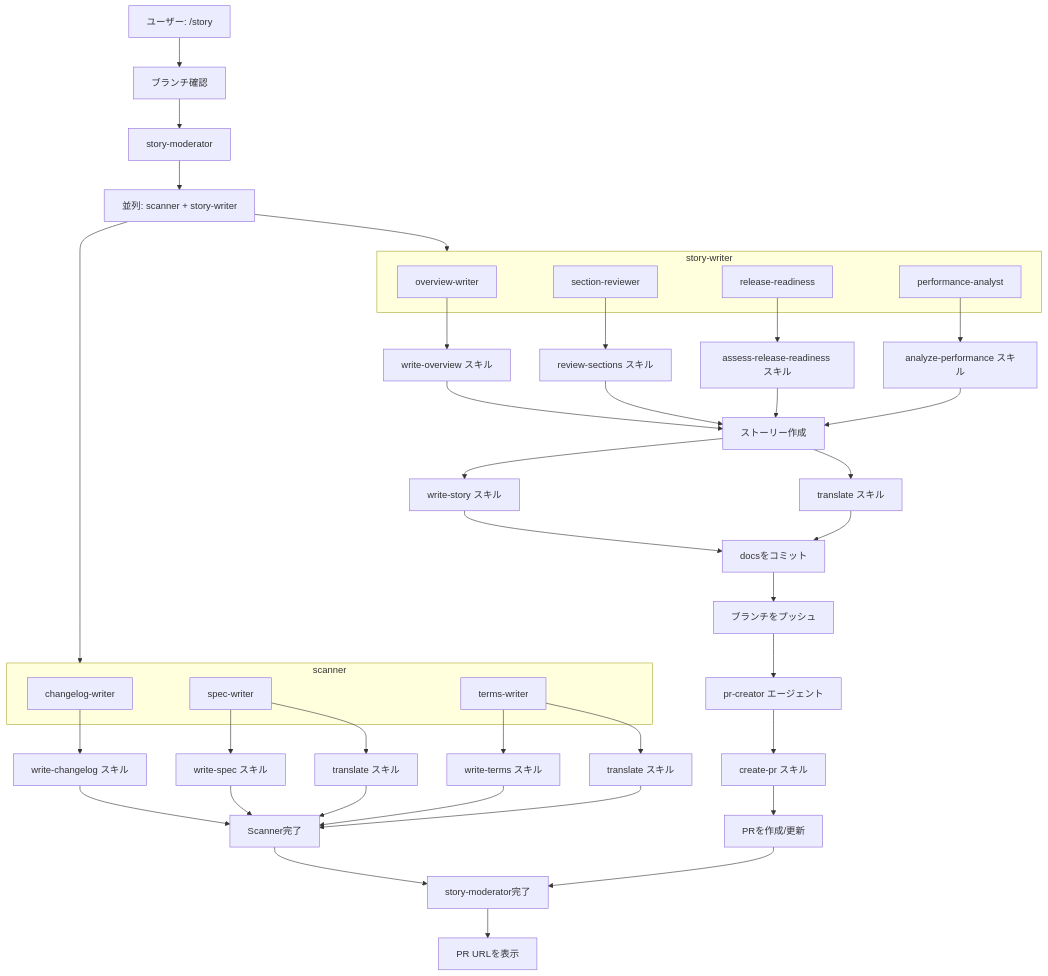
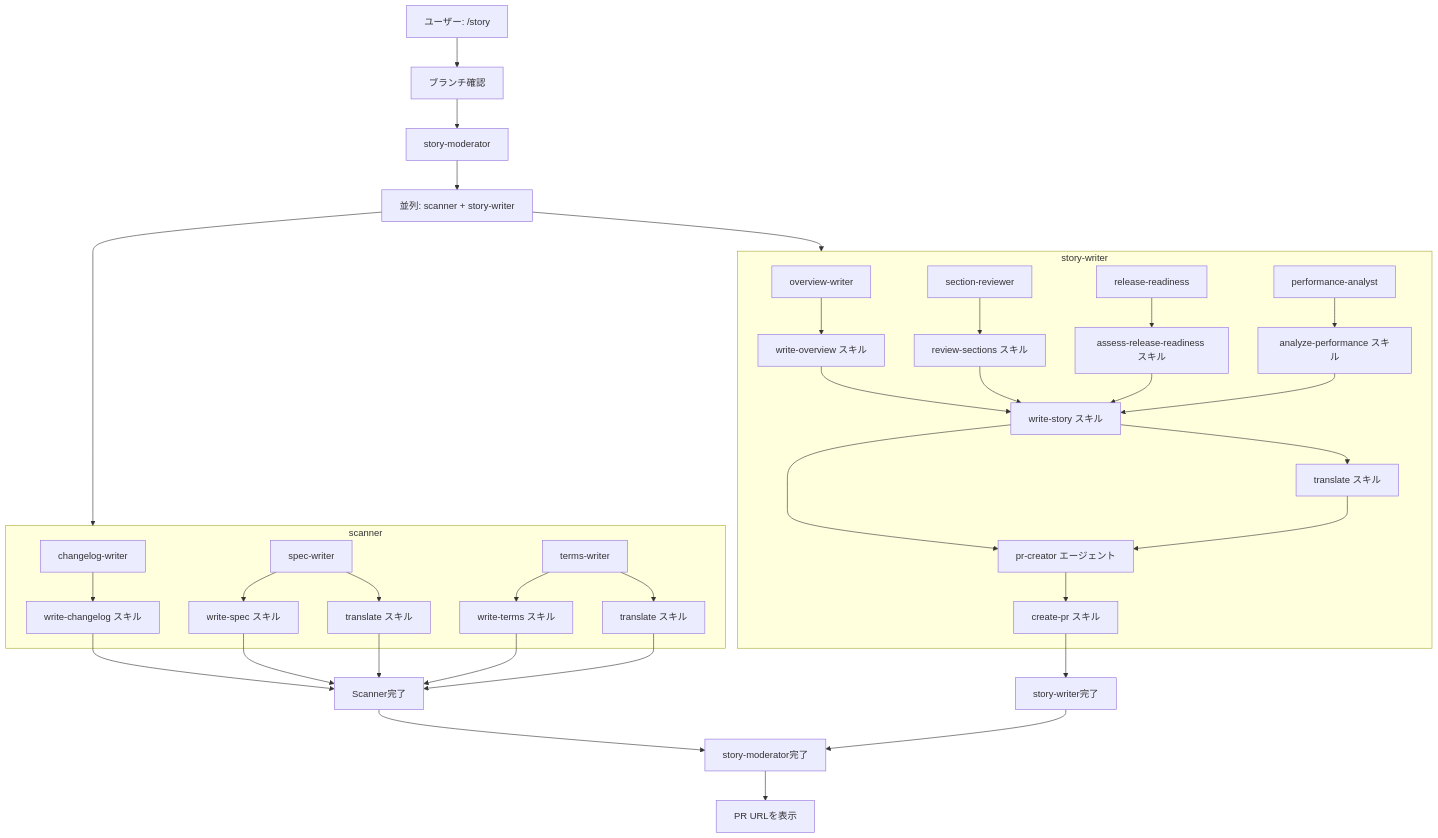
Before and after one commit to qmu/workaholic: the third of 3 diagrams in .workaholic/specs/command-flows_ja.md, drawn with Mermaid. The commit also changed other lines of this file and 1 other file, not shown here.

Commit message:
Fix /story Dependency Chart to Show Correct Ownership
Motivation: Chart incorrectly showed write-story and pr-creator outside story-writer subgraph

Arch Change: Moved write-story skill, translate skill, and pr-creator agent inside StoryWriter subgraph to reflect actual implementation where story-writer owns these components

````diff
--- a/.workaholic/specs/command-flows_ja.md
+++ b/.workaholic/specs/command-flows_ja.md
@@ -120,49 +120,43 @@
 ```mermaid
 flowchart TD
     A[ユーザー: /story] --> B[ブランチ確認]
     B --> SM[story-moderator]
 
     SM --> P1[並列: scanner + story-writer]
 
     subgraph Scanner[scanner]
         F[changelog-writer]
         G[spec-writer]
         H[terms-writer]
+        F --> F1[write-changelog スキル]
+        G --> G1[write-spec スキル]
+        G --> G2[translate スキル]
+        H --> H1[write-terms スキル]
+        H --> H2[translate スキル]
     end
 
     subgraph StoryWriter[story-writer]
         OW[overview-writer]
         SR[section-reviewer]
         I[release-readiness]
         PA[performance-analyst]
+        OW --> OW1[write-overview スキル]
+        SR --> SR1[review-sections スキル]
+        I --> I1[assess-release-readiness スキル]
+        PA --> PA1[analyze-performance スキル]
+        OW1 & SR1 & I1 & PA1 --> SW[write-story スキル]
+        SW --> SW2[translate スキル]
+        SW & SW2 --> PR[pr-creator エージェント]
+        PR --> PR1[create-pr スキル]
     end
 
     P1 --> Scanner
     P1 --> StoryWriter
 
-    F --> F1[write-changelog スキル]
-    G --> G1[write-spec スキル]
-    G --> G2[translate スキル]
-    H --> H1[write-terms スキル]
-    H --> H2[translate スキル]
-    OW --> OW1[write-overview スキル]
-    SR --> SR1[review-sections スキル]
-    I --> I1[assess-release-readiness スキル]
-    PA --> PA1[analyze-performance スキル]
-
     F1 & G1 & G2 & H1 & H2 --> SC[Scanner完了]
-    OW1 & SR1 & I1 & PA1 --> SW[ストーリー作成]
-
-    SW --> J1[write-story スキル]
-    SW --> J2[translate スキル]
-
-    J1 & J2 --> K[docsをコミット]
-    K --> L[ブランチをプッシュ]
-    L --> M[pr-creator エージェント]
-    M --> M1[create-pr スキル]
-    M1 --> N[PRを作成/更新]
+    PR1 --> SWC[story-writer完了]
 
     SC --> SM2[story-moderator完了]
-    N --> SM2
+    SWC --> SM2
     SM2 --> O[PR URLを表示]
 ```
````
